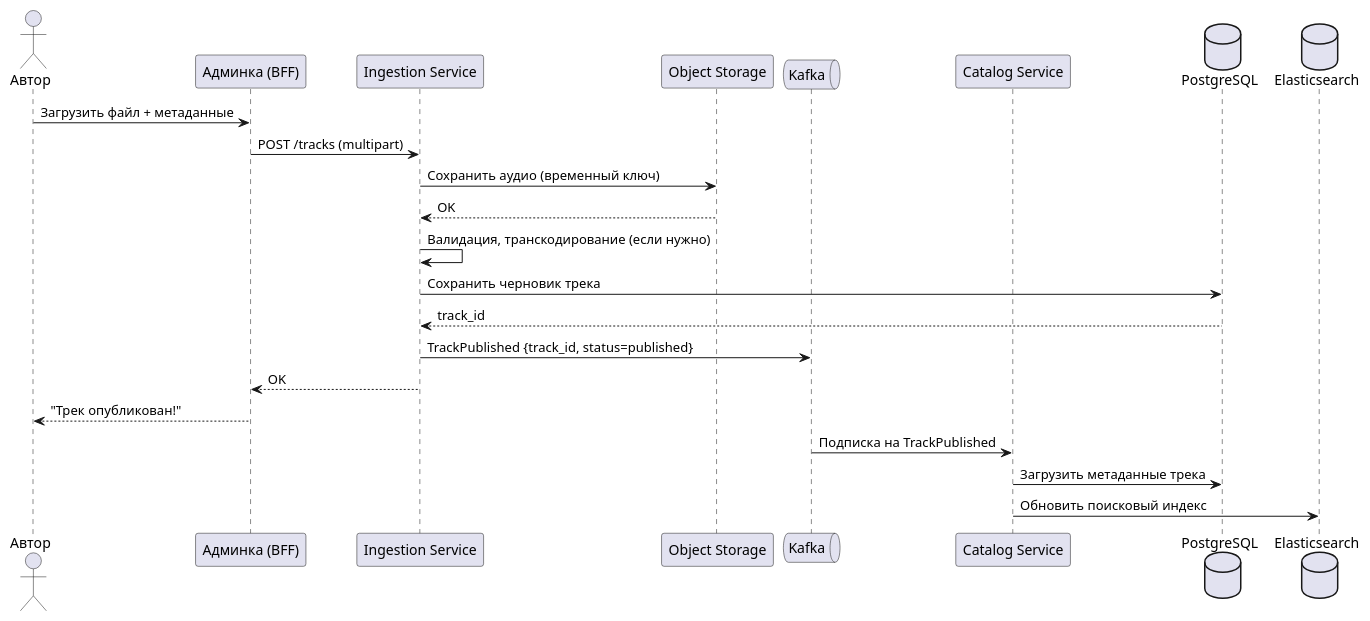
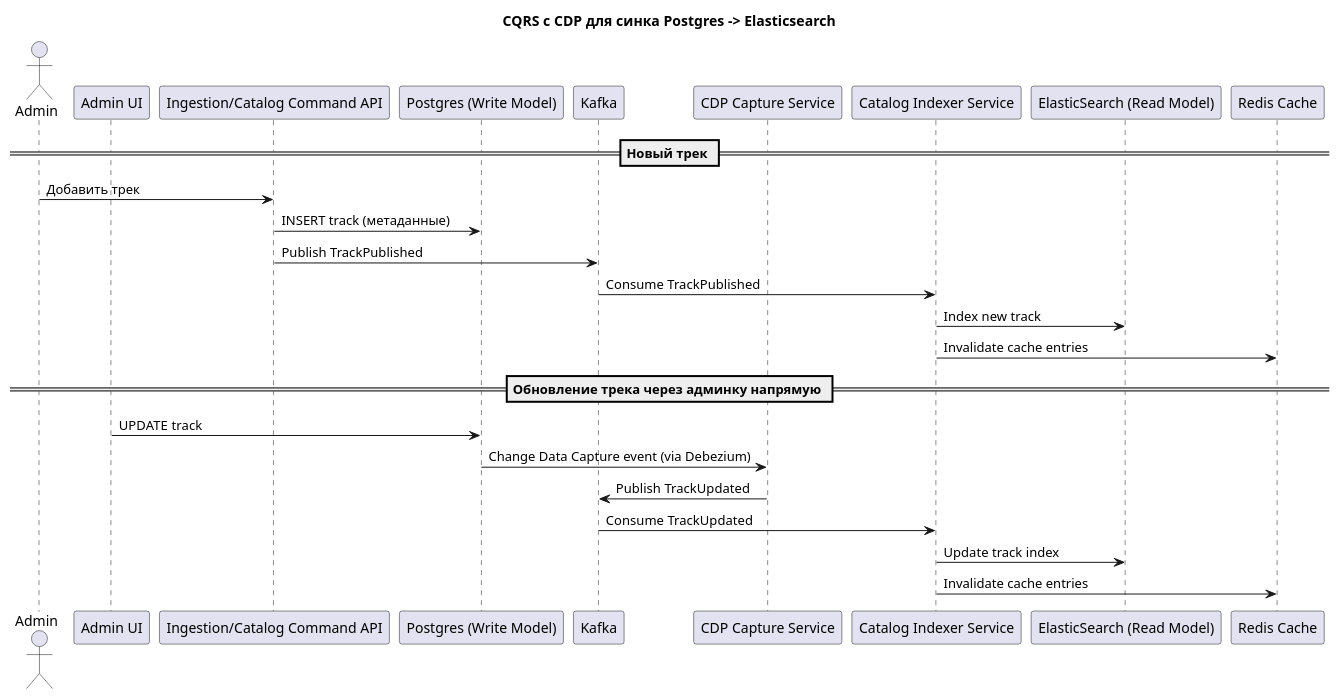
Before and after one commit to Nikson276/SystemDesign: the fourth of 5 diagrams in docs/06_runtime_view.md, drawn with PlantUML. The commit also changed other lines of this file and 10 other files, not shown here.

````diff
--- a/docs/06_runtime_view.md
+++ b/docs/06_runtime_view.md
@@ -162,27 +197,31 @@
 ```plantuml
 @startuml
-actor Автор
-participant "Админка (BFF)" as admin
-participant "Ingestion Service" as ingestion
-participant "Object Storage" as s3
-queue "Kafka" as kafka
-participant "Catalog Service" as catalog
-database "PostgreSQL" as pg
-database "Elasticsearch" as es
+title CQRS c CDP для синка Postgres -> Elasticsearch
 
-Автор -> admin: Загрузить файл + метаданные
-admin -> ingestion: POST /tracks (multipart)
-ingestion -> s3: Сохранить аудио (временный ключ)
-s3 --> ingestion: OK
-ingestion -> ingestion: Валидация, транскодирование (если нужно)
-ingestion -> pg: Сохранить черновик трека
-pg --> ingestion: track_id
-ingestion -> kafka: TrackPublished {track_id, status=published}
-ingestion --> admin: OK
-admin --> Автор: "Трек опубликован!"
+actor Admin
+participant "Admin UI" as AdminUI
+participant "Ingestion/Catalog Command API" as CommandAPI
+participant "Postgres (Write Model)" as PG
+participant "Kafka" as Kafka
+participant "CDP Capture Service" as CDP
+participant "Catalog Indexer Service" as Indexer
+participant "ElasticSearch (Read Model)" as ES
+participant "Redis Cache" as Redis
 
-kafka -> catalog: Подписка на TrackPublished
-catalog -> pg: Загрузить метаданные трека
-catalog -> es: Обновить поисковый индекс
+== Новый трек ==
+Admin -> CommandAPI: Добавить трек
+CommandAPI -> PG: INSERT track (метаданные)
+CommandAPI -> Kafka: Publish TrackPublished
+Kafka -> Indexer: Consume TrackPublished
+Indexer -> ES: Index new track
+Indexer -> Redis: Invalidate cache entries
+
+== Обновление трека через админку напрямую ==
+AdminUI -> PG: UPDATE track
+PG -> CDP: Change Data Capture event (via Debezium)
+CDP -> Kafka: Publish TrackUpdated
+Kafka -> Indexer: Consume TrackUpdated
+Indexer -> ES: Update track index
+Indexer -> Redis: Invalidate cache entries
 @enduml
 ```
````
